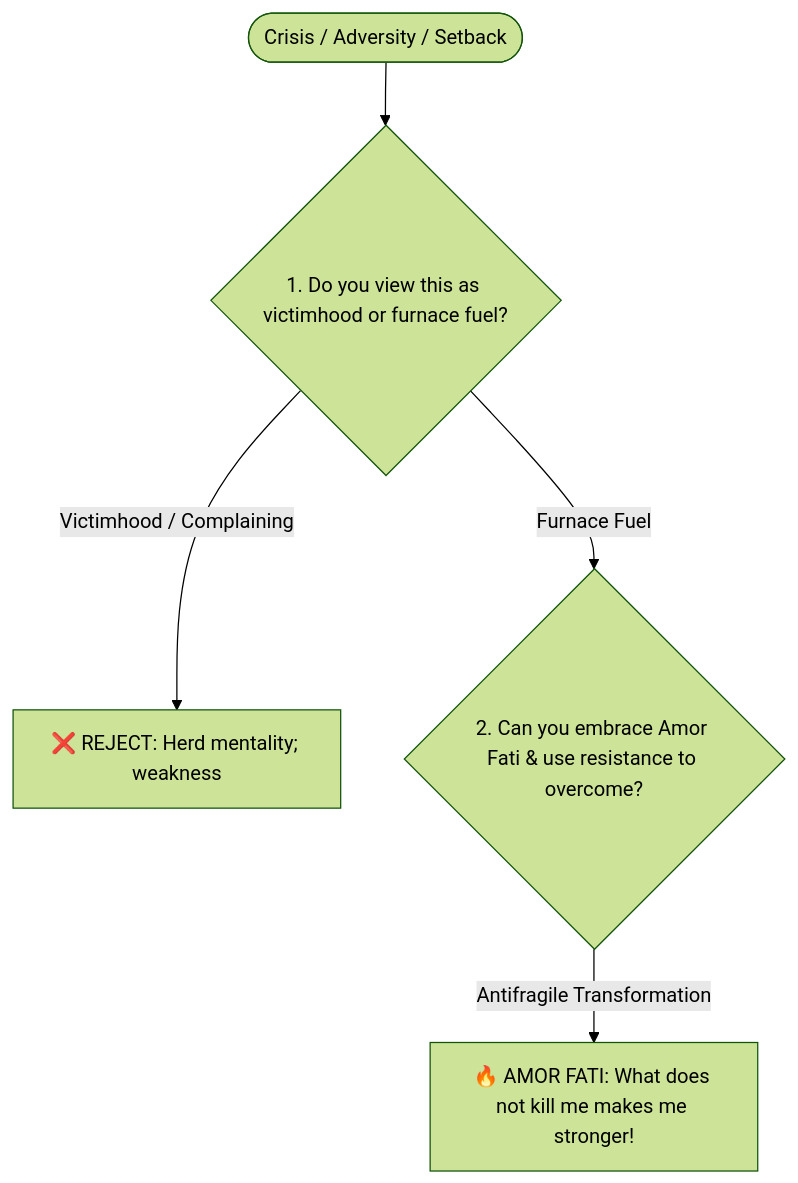
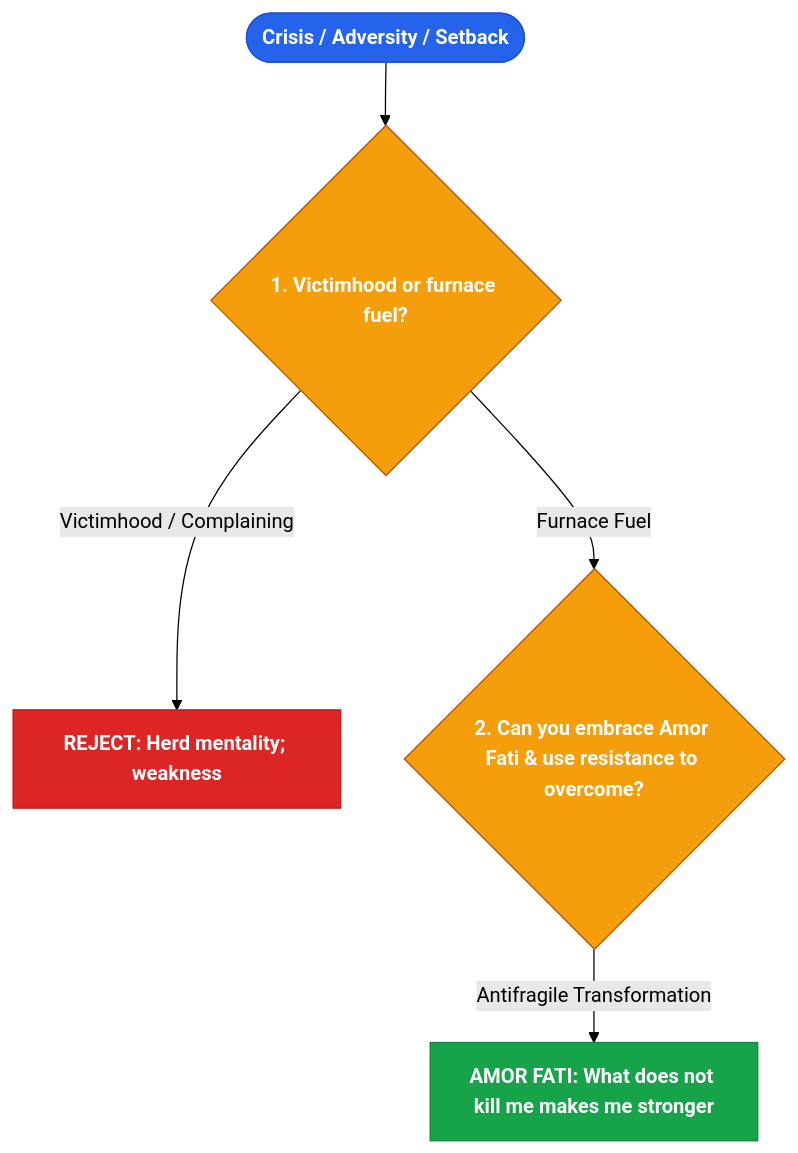
One commit to DOTfei/borrowed-brain-pro changed the diagram in profiles/friedrich-nietzsche.md. Above: the diagram before and after it, drawn with Mermaid (forest theme). The commit also changed 12 other files, not shown here.

````diff
--- a/profiles/friedrich-nietzsche.md
+++ b/profiles/friedrich-nietzsche.md
@@ -16,9 +16,15 @@
 ```mermaid
 flowchart TD
-    Hardship(["Crisis / Adversity / Setback"]) --> FrameReaction{"1. Do you view this as victimhood or furnace fuel?"}
-    
-    FrameReaction -->|Victimhood / Complaining| HerdMind["❌ REJECT: Herd mentality; weakness"]
-    FrameReaction -->|Furnace Fuel| AmorFati{"2. Can you embrace Amor Fati & use resistance to overcome?"}
-    
-    AmorFati -->|Antifragile Transformation| Overcome["🔥 AMOR FATI: What does not kill me makes me stronger!"]
+    Start(["Crisis / Adversity / Setback"]):::start --> Q1{"1. Victimhood or furnace fuel?"}:::decision
+
+    Q1 -->|Victimhood / Complaining| R1["REJECT: Herd mentality; weakness"]:::danger
+    Q1 -->|Furnace Fuel| Q2{"2. Can you embrace Amor Fati & use resistance to overcome?"}:::decision
+
+    Q2 -->|Antifragile Transformation| E1["AMOR FATI: What does not kill me makes me stronger"]:::success
+    classDef start fill:#2563eb,stroke:#1d4ed8,color:#ffffff,font-weight:bold
+    classDef decision fill:#f59e0b,stroke:#b45309,color:#ffffff,font-weight:bold
+    classDef success fill:#16a34a,stroke:#15803d,color:#ffffff,font-weight:bold
+    classDef danger fill:#dc2626,stroke:#b91c1c,color:#ffffff,font-weight:bold
+    classDef warning fill:#ea580c,stroke:#c2410c,color:#ffffff,font-weight:bold
+    classDef action fill:#64748b,stroke:#475569,color:#ffffff,font-weight:bold
 ```
````
